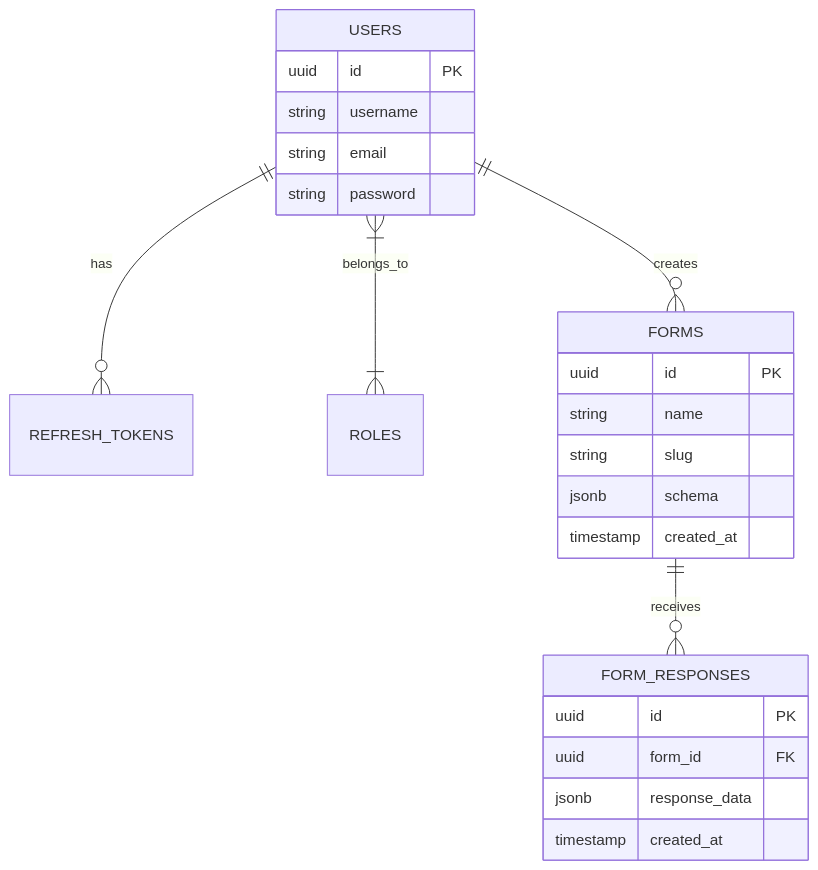
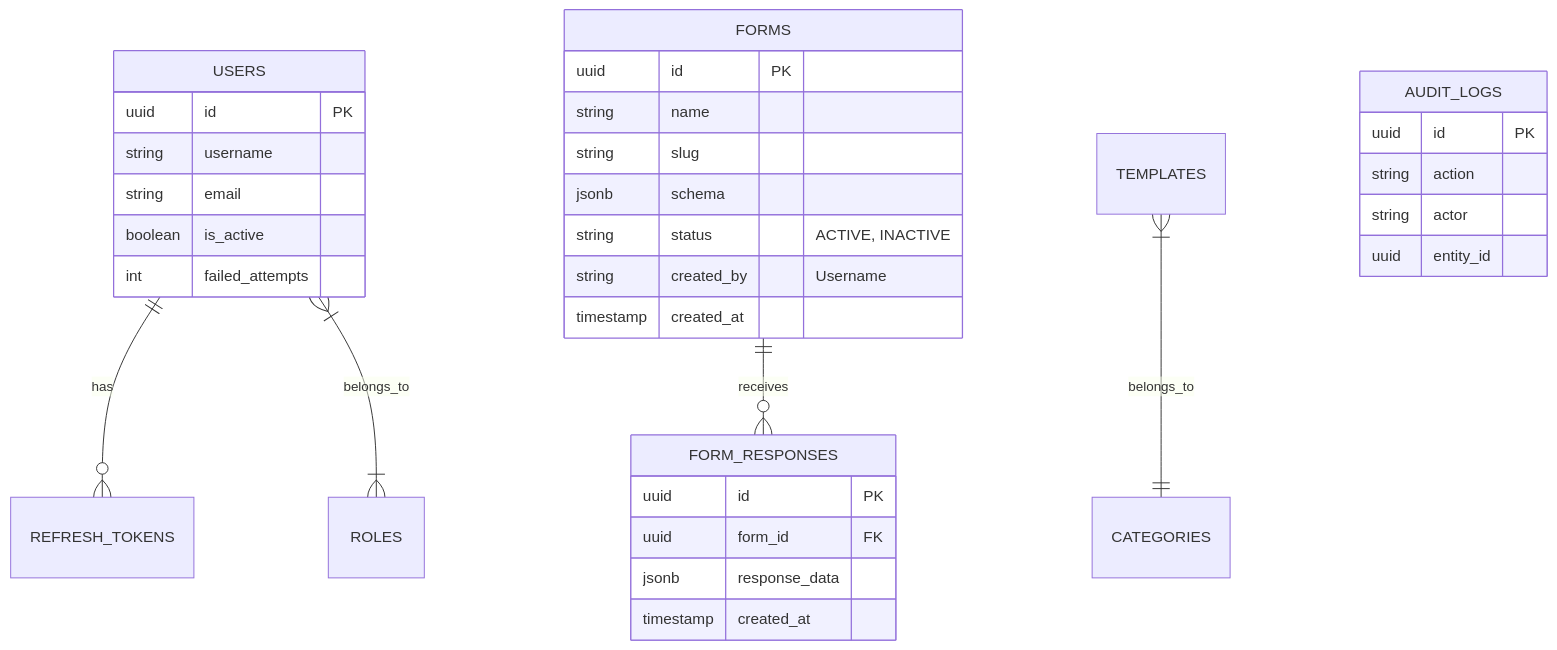
One commit to bluepal-ashok-patcha/FormCraft changed the second of 6 diagrams in docs/Architecture.md. Above: the diagram before and after it, drawn with Mermaid. The commit also changed other lines of this file and 5 other files, not shown here.

Commit message:
docs: update architecture, lifecycle, and testing documentation; add project walkthrough

````diff
--- a/docs/Architecture.md
+++ b/docs/Architecture.md
@@ -59,26 +92,37 @@
 ```mermaid
 erDiagram
     USERS ||--o{ REFRESH_TOKENS : has
     USERS }|--|{ ROLES : belongs_to
-    USERS ||--o{ FORMS : creates
+    
     FORMS ||--o{ FORM_RESPONSES : receives
+    TEMPLATES }|--|| CATEGORIES : belongs_to
+    
     FORMS {
         uuid id PK
         string name
         string slug
         jsonb schema
+        string status "ACTIVE, INACTIVE"
+        string created_by "Username"
         timestamp created_at
     }
     FORM_RESPONSES {
         uuid id PK
         uuid form_id FK
         jsonb response_data
         timestamp created_at
     }
     USERS {
         uuid id PK
         string username
         string email
-        string password
+        boolean is_active
+        int failed_attempts
+    }
+    AUDIT_LOGS {
+        uuid id PK
+        string action
+        string actor
+        uuid entity_id
     }
 ```
````
